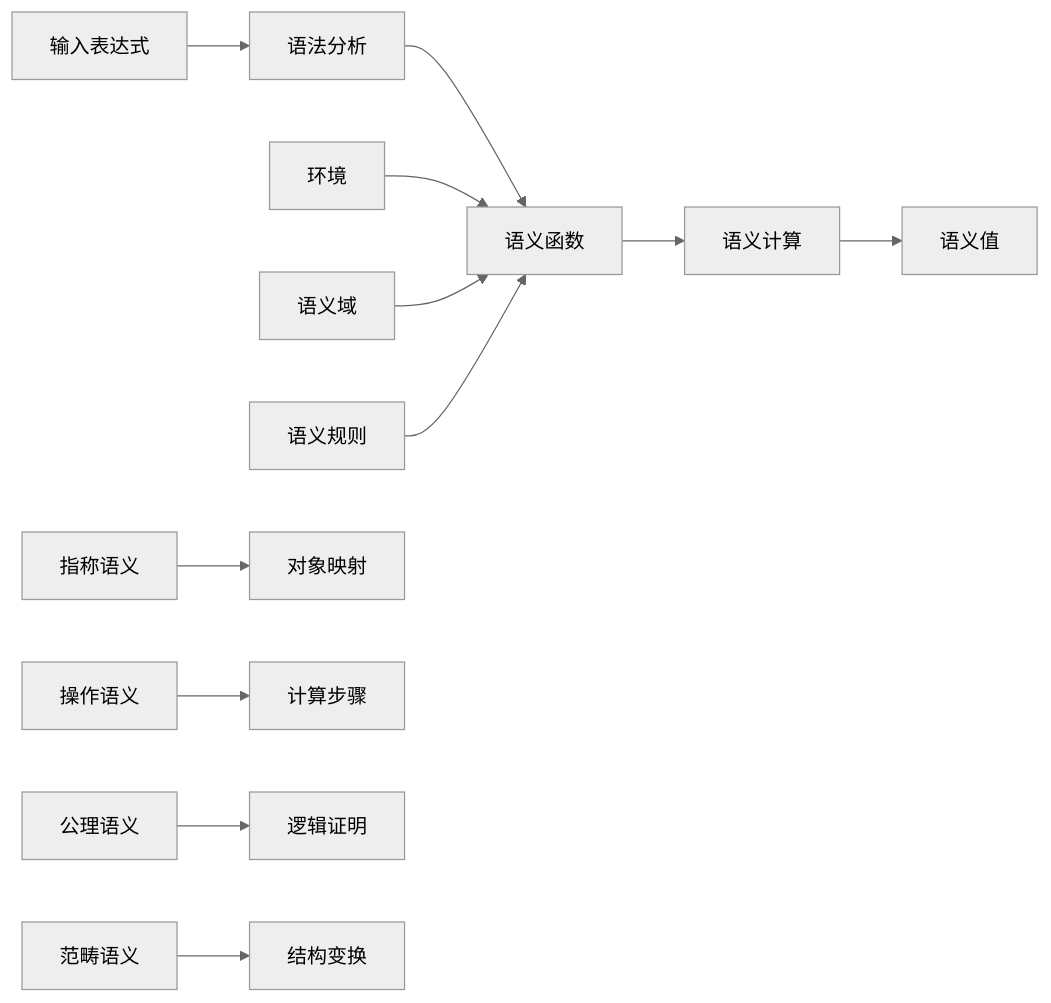
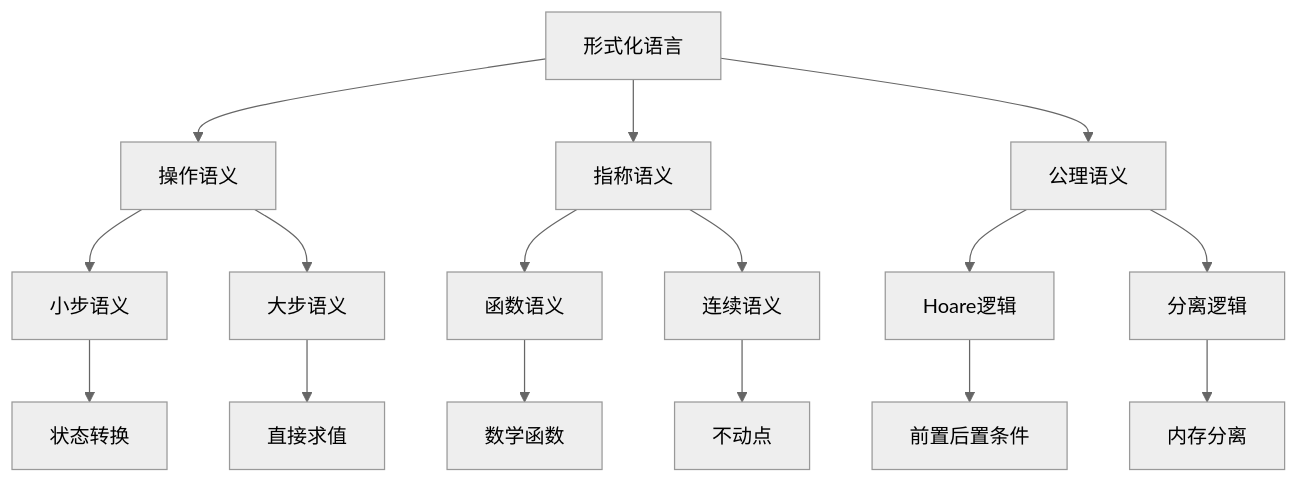
One commit to AdaMartin18010/GraphNetWorkCommunicate changed the first of 2 diagrams in docs/08-形式化证明/04-形式化语义.md. Above: the diagram before and after it, drawn with Mermaid (neutral theme). The commit also changed other lines of this file and 13 other files, not shown here.

````diff
--- a/docs/08-形式化证明/04-形式化语义.md
+++ b/docs/08-形式化证明/04-形式化语义.md
@@ -1121,16 +789,22 @@
 ```mermaid
-flowchart LR
-    A[输入表达式] --> B[语法分析]
-    B --> C[语义函数]
-    C --> D[语义计算]
-    D --> E[语义值]
+graph TD
+    A[形式化语言] --> B[操作语义]
+    A --> C[指称语义]
+    A --> D[公理语义]
     
-    F[环境] --> C
-    G[语义域] --> C
-    H[语义规则] --> C
+    B --> E[小步语义]
+    B --> F[大步语义]
     
-    I[指称语义] --> J[对象映射]
-    K[操作语义] --> L[计算步骤]
-    M[公理语义] --> N[逻辑证明]
-    O[范畴语义] --> P[结构变换]
+    C --> G[函数语义]
+    C --> H[连续语义]
+    
+    D --> I[Hoare逻辑]
+    D --> J[分离逻辑]
+    
+    E --> K[状态转换]
+    F --> L[直接求值]
+    G --> M[数学函数]
+    H --> N[不动点]
+    I --> O[前置后置条件]
+    J --> P[内存分离]
 ```
````
